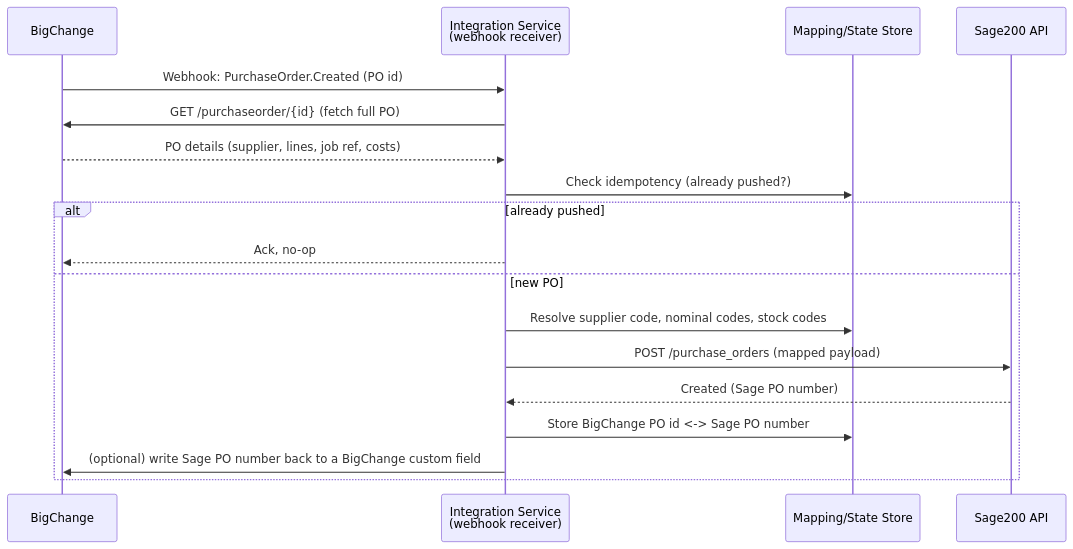
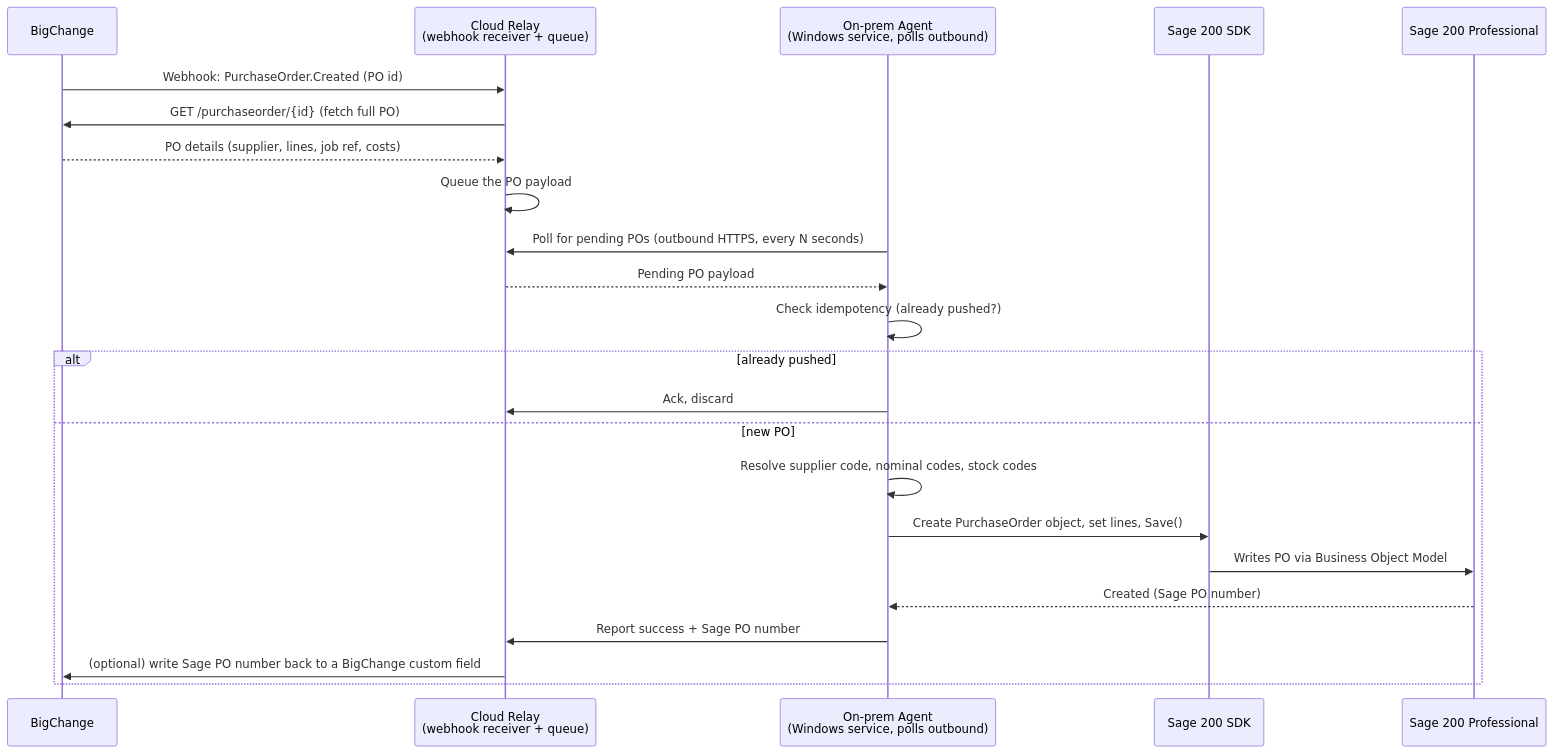
Before and after one commit to luciennzotarh-design/Test: the diagram in docs/bigchange-sage200-po-integration.md, drawn with Mermaid. The commit also changed other lines of this file, not shown here.

Commit message:
Update integration plan for Sage 200 Professional (on-prem, SDK-based)

````diff
--- a/docs/bigchange-sage200-po-integration.md
+++ b/docs/bigchange-sage200-po-integration.md
@@ -27,21 +28,26 @@
 ```mermaid
 sequenceDiagram
     participant BC as BigChange
-    participant WH as Integration Service<br/>(webhook receiver)
-    participant DB as Mapping/State Store
-    participant SG as Sage200 API
+    participant RL as Cloud Relay<br/>(webhook receiver + queue)
+    participant AG as On-prem Agent<br/>(Windows service, polls outbound)
+    participant SDK as Sage 200 SDK
+    participant SG as Sage 200 Professional
 
-    BC->>WH: Webhook: PurchaseOrder.Created (PO id)
-    WH->>BC: GET /purchaseorder/{id} (fetch full PO)
-    BC-->>WH: PO details (supplier, lines, job ref, costs)
-    WH->>DB: Check idempotency (already pushed?)
+    BC->>RL: Webhook: PurchaseOrder.Created (PO id)
+    RL->>BC: GET /purchaseorder/{id} (fetch full PO)
+    BC-->>RL: PO details (supplier, lines, job ref, costs)
+    RL->>RL: Queue the PO payload
+    AG->>RL: Poll for pending POs (outbound HTTPS, every N seconds)
+    RL-->>AG: Pending PO payload
+    AG->>AG: Check idempotency (already pushed?)
     alt already pushed
-        WH-->>BC: Ack, no-op
+        AG->>RL: Ack, discard
     else new PO
-        WH->>DB: Resolve supplier code, nominal codes, stock codes
-        WH->>SG: POST /purchase_orders (mapped payload)
-        SG-->>WH: Created (Sage PO number)
-        WH->>DB: Store BigChange PO id <-> Sage PO number
-        WH->>BC: (optional) write Sage PO number back to a BigChange custom field
+        AG->>AG: Resolve supplier code, nominal codes, stock codes
+        AG->>SDK: Create PurchaseOrder object, set lines, Save()
+        SDK->>SG: Writes PO via Business Object Model
+        SG-->>AG: Created (Sage PO number)
+        AG->>RL: Report success + Sage PO number
+        RL->>BC: (optional) write Sage PO number back to a BigChange custom field
     end
 ```
````
